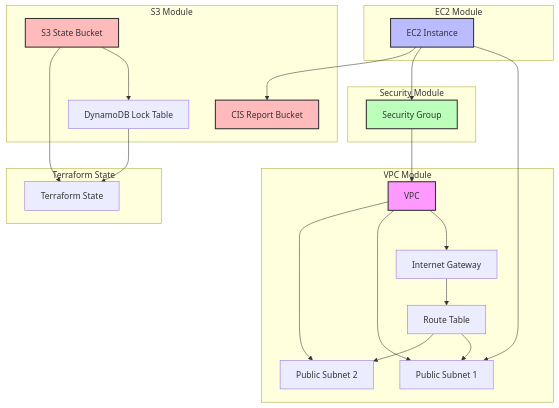
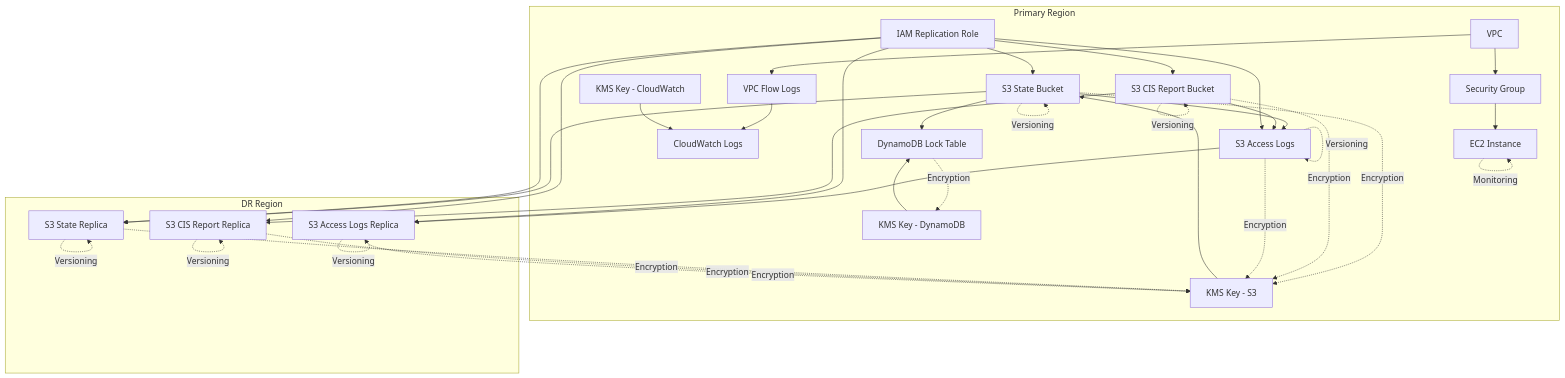
One commit to drjonesii/tbcand4 changed the diagram in architecture.md. Above: the diagram before and after it, drawn with Mermaid. The commit also changed other lines of this file and 22 other files, not shown here.

````diff
--- a/architecture.md
+++ b/architecture.md
@@ -3,37 +5,64 @@
 ```mermaid
-graph TD
-    subgraph "VPC Module"
-        VPC[VPC] --> IGW[Internet Gateway]
-        IGW --> RT[Route Table]
-        VPC --> Sub1[Public Subnet 1]
-        VPC --> Sub2[Public Subnet 2]
-        RT --> Sub1
-        RT --> Sub2
+graph TB
+    subgraph "Primary Region"
+        VPC[VPC]
+        SG[Security Group]
+        EC2[EC2 Instance]
+        S3_State[S3 State Bucket]
+        S3_CIS[S3 CIS Report Bucket]
+        S3_Logs[S3 Access Logs]
+        DynamoDB[DynamoDB Lock Table]
+        KMS_S3[KMS Key - S3]
+        KMS_DDB[KMS Key - DynamoDB]
+        KMS_CW[KMS Key - CloudWatch]
+        IAM_Role[IAM Replication Role]
+        CW_Logs[CloudWatch Logs]
+        Flow_Logs[VPC Flow Logs]
     end
 
-    subgraph "Security Module"
-        SG[Security Group] --> VPC
+    subgraph "DR Region"
+        S3_State_Replica[S3 State Replica]
+        S3_CIS_Replica[S3 CIS Report Replica]
+        S3_Logs_Replica[S3 Access Logs Replica]
     end
 
-    subgraph "EC2 Module"
-        EC2[EC2 Instance] --> Sub1
-        EC2 --> SG
-    end
+    %% VPC Dependencies
+    VPC --> SG
+    SG --> EC2
+    VPC --> Flow_Logs
+    Flow_Logs --> CW_Logs
+    KMS_CW --> CW_Logs
 
-    subgraph "S3 Module"
-        StateBucket[S3 State Bucket] --> DynamoDB[DynamoDB Lock Table]
-        CISBucket[CIS Report Bucket]
-        EC2 --> CISBucket
-    end
+    %% State Management
+    S3_State --> DynamoDB
+    KMS_S3 --> S3_State
+    KMS_DDB --> DynamoDB
+    S3_State --> S3_Logs
+    S3_CIS --> S3_Logs
+    S3_State --> S3_State_Replica
+    S3_CIS --> S3_CIS_Replica
+    S3_Logs --> S3_Logs_Replica
+    IAM_Role --> S3_State
+    IAM_Role --> S3_State_Replica
+    IAM_Role --> S3_CIS
+    IAM_Role --> S3_CIS_Replica
+    IAM_Role --> S3_Logs
+    IAM_Role --> S3_Logs_Replica
 
-    subgraph "Terraform State"
-        StateBucket --> TFState[Terraform State]
-        DynamoDB --> TFState
-    end
-
-    style VPC fill:#f9f,stroke:#333,stroke-width:2px
-    style EC2 fill:#bbf,stroke:#333,stroke-width:2px
-    style SG fill:#bfb,stroke:#333,stroke-width:2px
-    style StateBucket fill:#fbb,stroke:#333,stroke-width:2px
-    style CISBucket fill:#fbb,stroke:#333,stroke-width:2px
+    %% Security Features
+    S3_State -.-> |"Encryption"| KMS_S3
+    S3_State_Replica -.-> |"Encryption"| KMS_S3
+    S3_CIS -.-> |"Encryption"| KMS_S3
+    S3_CIS_Replica -.-> |"Encryption"| KMS_S3
+    S3_Logs -.-> |"Encryption"| KMS_S3
+    S3_Logs_Replica -.-> |"Encryption"| KMS_S3
+    DynamoDB -.-> |"Encryption"| KMS_DDB
+    S3_State -.-> |"Versioning"| S3_State
+    S3_State_Replica -.-> |"Versioning"| S3_State_Replica
+    S3_CIS -.-> |"Versioning"| S3_CIS
+    S3_CIS_Replica -.-> |"Versioning"| S3_CIS_Replica
+    S3_Logs -.-> |"Versioning"| S3_Logs
+    S3_Logs_Replica -.-> |"Versioning"| S3_Logs_Replica
+    EC2 -.-> |"IMDSv2"| EC2
+    EC2 -.-> |"Monitoring"| EC2
 ```
````
